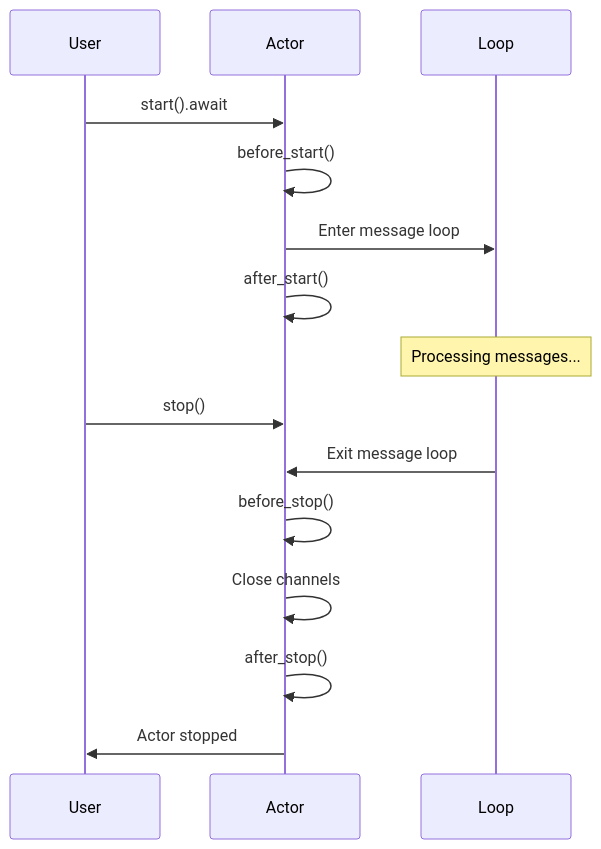
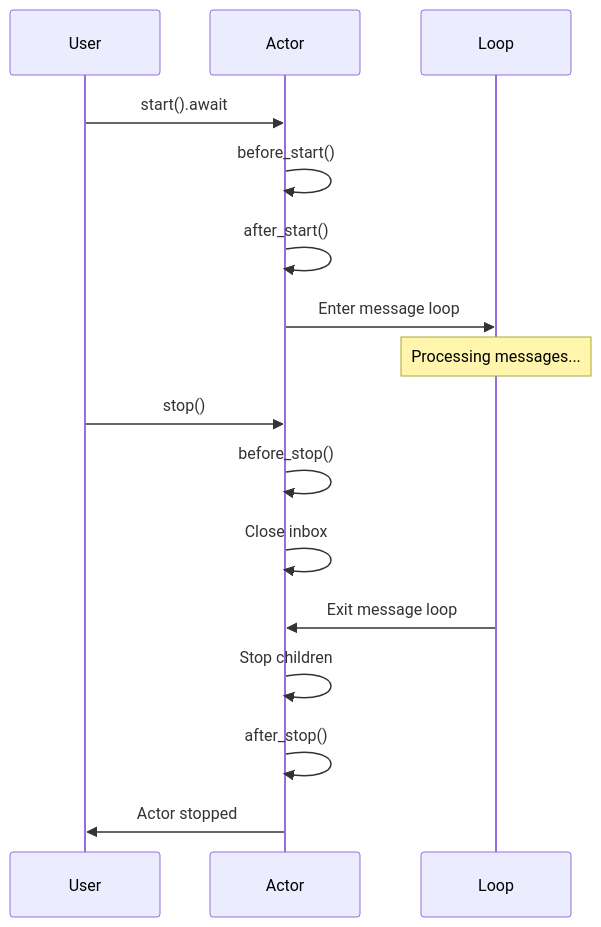
One commit to Govcraft/acton-reactive changed the second of 4 diagrams in acton-docs-site/src/app/docs/actor-lifecycle/page.md. Above: the diagram before and after it, drawn with Mermaid. The commit also changed other lines of this file and 28 other files, not shown here.

````diff
--- a/acton-docs-site/src/app/docs/actor-lifecycle/page.md
+++ b/acton-docs-site/src/app/docs/actor-lifecycle/page.md
@@ -60,17 +61,18 @@
 ```mermaid
 sequenceDiagram
     participant HT_U as User
     participant HT_A as Actor
     participant HT_L as Loop
     HT_U->>HT_A: start().await
     HT_A->>HT_A: before_start()
+    HT_A->>HT_A: after_start()
     HT_A->>HT_L: Enter message loop
-    HT_A->>HT_A: after_start()
     Note over HT_L: Processing messages...
     HT_U->>HT_A: stop()
+    HT_A->>HT_A: before_stop()
+    HT_A->>HT_A: Close inbox
     HT_L->>HT_A: Exit message loop
-    HT_A->>HT_A: before_stop()
-    HT_A->>HT_A: Close channels
+    HT_A->>HT_A: Stop children
     HT_A->>HT_A: after_stop()
     HT_A->>HT_U: Actor stopped
 ```
````
